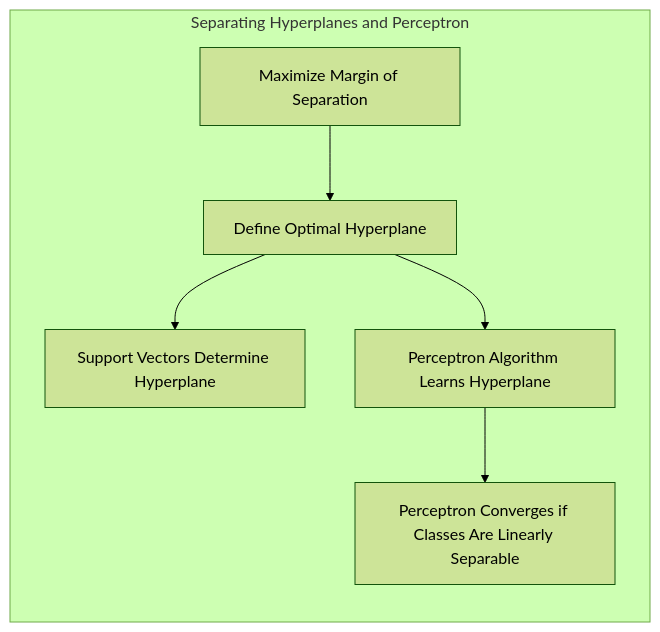
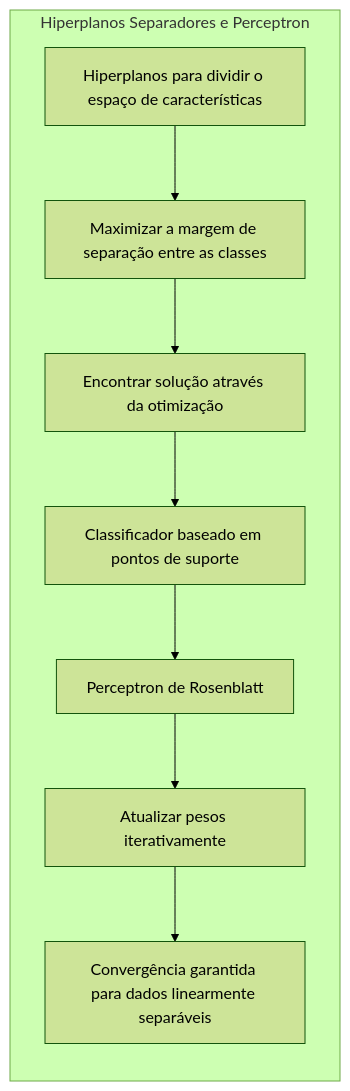
Before and after one commit to diegomrodrigues/statistical_learning_notes: the sixth of 7 diagrams in 03. Additive Models/01. Generalized Additive Models/01. Concept Overview.md, drawn with Mermaid (forest theme). The commit also changed other lines of this file and 228 other files, not shown here.

````diff
--- a/03. Additive Models/01. Generalized Additive Models/01. Concept Overview.md
+++ b/03. Additive Models/01. Generalized Additive Models/01. Concept Overview.md
@@ -299,15 +216,18 @@
 ```mermaid
 graph LR
-    subgraph "Separating Hyperplanes and Perceptron"
-      direction TB
-        A["Maximize Margin of Separation"]
-        B["Define Optimal Hyperplane"]
-        C["Support Vectors Determine Hyperplane"]
-        D["Perceptron Algorithm Learns Hyperplane"]
-        E["Perceptron Converges if Classes Are Linearly Separable"]
+    subgraph "Hiperplanos Separadores e Perceptron"
+        A["Hiperplanos para dividir o espaço de características"]
+         B["Maximizar a margem de separação entre as classes"]
+        C["Encontrar solução através da otimização"]
+        D["Classificador baseado em pontos de suporte"]
+        E["Perceptron de Rosenblatt"]
+        F["Atualizar pesos iterativamente"]
+        G["Convergência garantida para dados linearmente separáveis"]
         A --> B
         B --> C
-        B --> D
+        C --> D
         D --> E
+        E --> F
+        F --> G
     end
 ```
````
